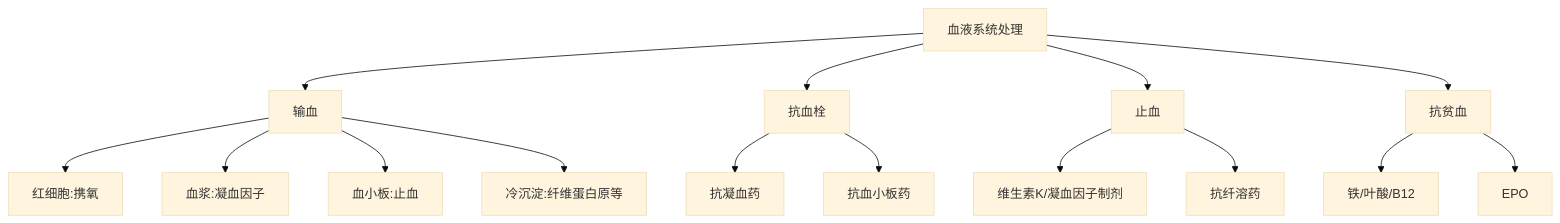
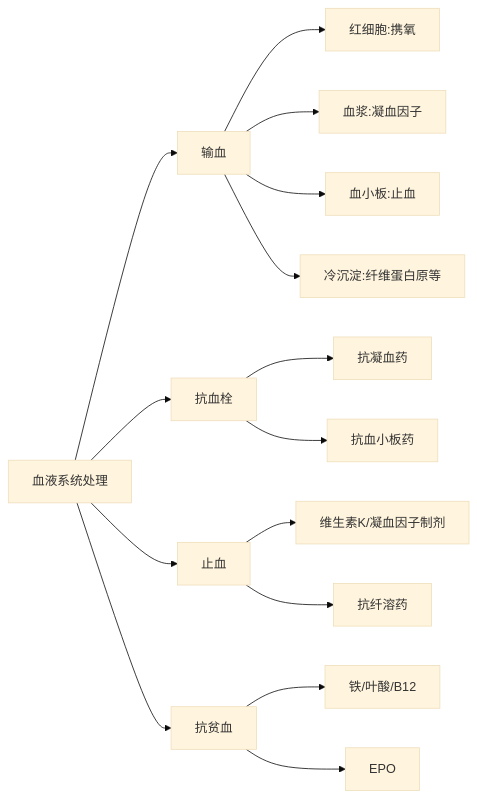
Before and after one commit to huangning-ring/obsidian-vault: the ninth of 17 diagrams in 复习/血液系统/血液系统三日冲刺讲义_内科学第10版校订_机制内嵌版/03_Day3_止血输血与血液药理.md, drawn with Mermaid (base theme). The commit also changed other lines of this file and 1 other file, not shown here.

Commit message:
vault backup: 2026-08-29 17:42:01

````diff
--- a/复习/血液系统/血液系统三日冲刺讲义_内科学第10版校订_机制内嵌版/03_Day3_止血输血与血液药理.md
+++ b/复习/血液系统/血液系统三日冲刺讲义_内科学第10版校订_机制内嵌版/03_Day3_止血输血与血液药理.md
@@ -329,17 +328,17 @@
 ```mermaid
-graph TD
+graph LR
     A[血液系统处理] --> B[输血]
     A --> C[抗血栓]
     A --> D[止血]
     A --> E[抗贫血]
     B --> B1[红细胞:携氧]
     B --> B2[血浆:凝血因子]
     B --> B3[血小板:止血]
     B --> B4[冷沉淀:纤维蛋白原等]
     C --> C1[抗凝血药]
     C --> C2[抗血小板药]
     D --> D1[维生素K/凝血因子制剂]
     D --> D2[抗纤溶药]
     E --> E1[铁/叶酸/B12]
     E --> E2[EPO]
 ```
````
